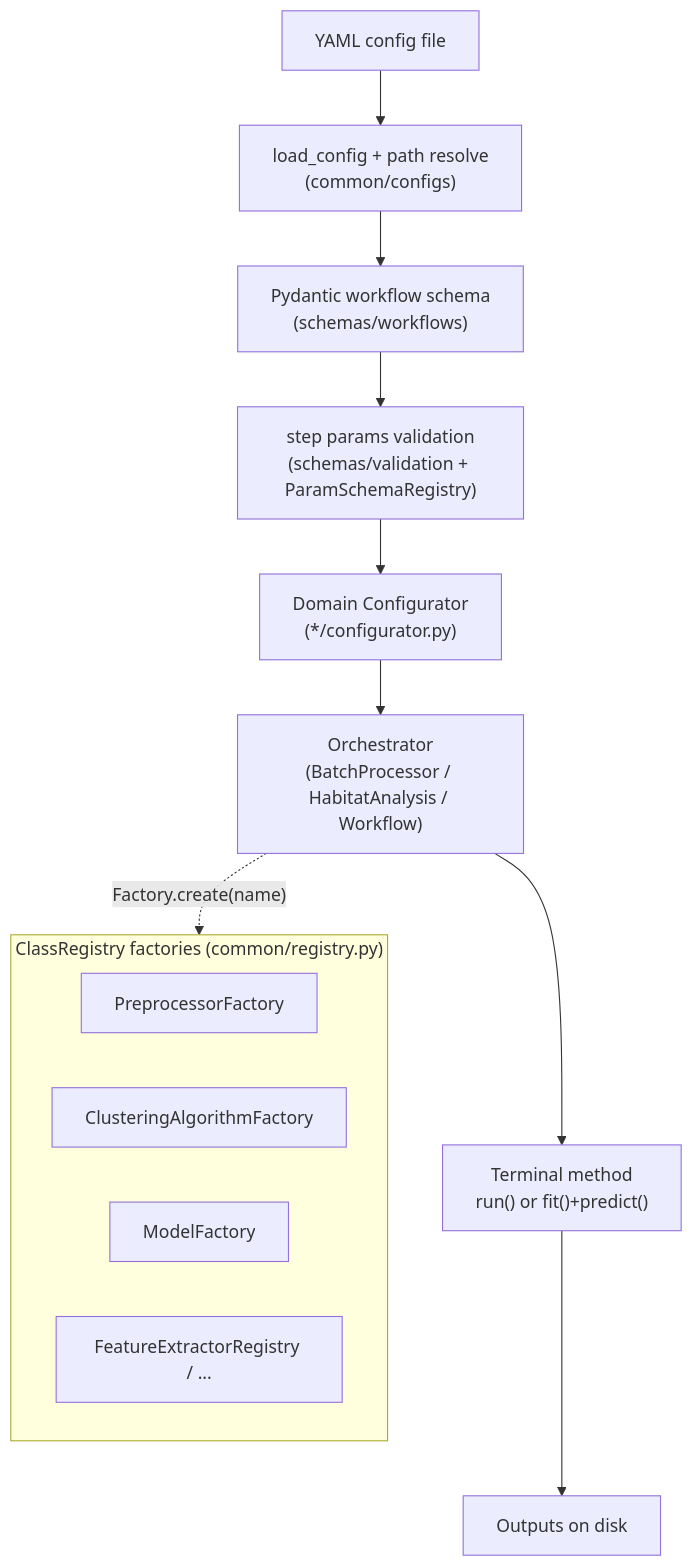
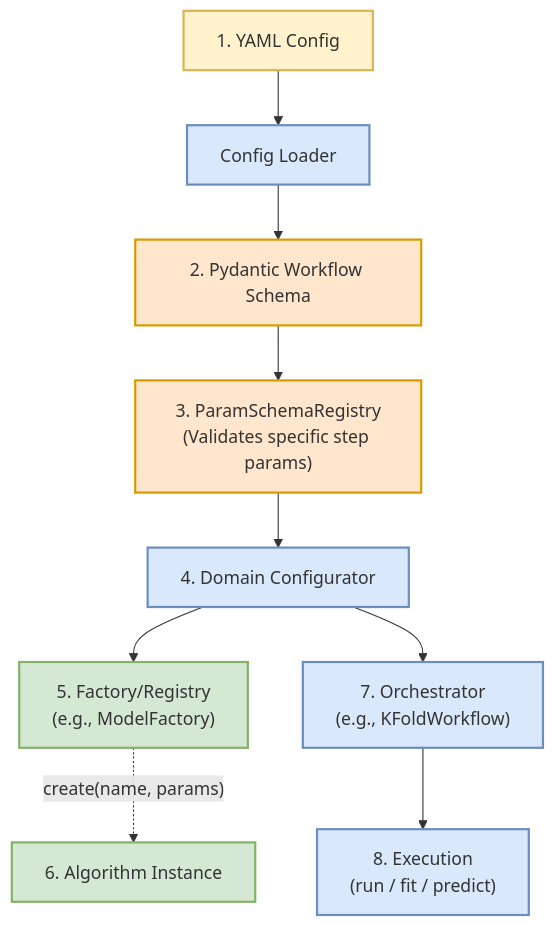
One commit to lichao312214129/HABIT changed the second of 2 diagrams in docs/source/development/architecture.rst. Above: the diagram before and after it, drawn with Mermaid. The commit also changed other lines of this file and 52 other files, not shown here.

```diff
--- a/docs/source/development/architecture.rst
+++ b/docs/source/development/architecture.rst
@@ -134,18 +68,16 @@
 .. mermaid::
 
    flowchart TD
-     Y["YAML config file"] --> L["load_config + path resolve<br/>(common/configs)"]
-     L --> S["Pydantic workflow schema<br/>(schemas/workflows)"]
-     S --> V["step params validation<br/>(schemas/validation + ParamSchemaRegistry)"]
-     V --> CFG["Domain Configurator<br/>(*/configurator.py)"]
-     CFG --> OBJ["Orchestrator<br/>(BatchProcessor / HabitatAnalysis / Workflow)"]
-     OBJ --> RUN["Terminal method<br/>run() or fit()+predict()"]
-     RUN --> OUT["Outputs on disk"]
+     classDef file fill:#fff2cc,stroke:#d6b656,stroke-width:2px;
+     classDef schema fill:#ffe6cc,stroke:#d79b00,stroke-width:2px;
+     classDef factory fill:#d5e8d4,stroke:#82b366,stroke-width:2px;
+     classDef run fill:#dae8fc,stroke:#6c8ebf,stroke-width:2px;
 
-     subgraph Factories["ClassRegistry factories (common/registry.py)"]
-       F1["PreprocessorFactory"]
-       F2["ClusteringAlgorithmFactory"]
-       F3["ModelFactory"]
-       F4["FeatureExtractorRegistry / ..."]
-     end
-     OBJ -.->|"Factory.create(name)"| Factories
+     Y["1. YAML Config"]:::file --> L["Config Loader"]:::run
+     L --> S["2. Pydantic Workflow Schema"]:::schema
+     S --> V["3. ParamSchemaRegistry<br/>(Validates specific step params)"]:::schema
+     V --> CFG["4. Domain Configurator"]:::run
+     CFG --> FAC["5. Factory/Registry<br/>(e.g., ModelFactory)"]:::factory
+     FAC -.->|"create(name, params)"| ALG["6. Algorithm Instance"]:::factory
+     CFG --> OBJ["7. Orchestrator<br/>(e.g., KFoldWorkflow)"]:::run
+     OBJ --> RUN["8. Execution<br/>(run / fit / predict)"]:::run
```
